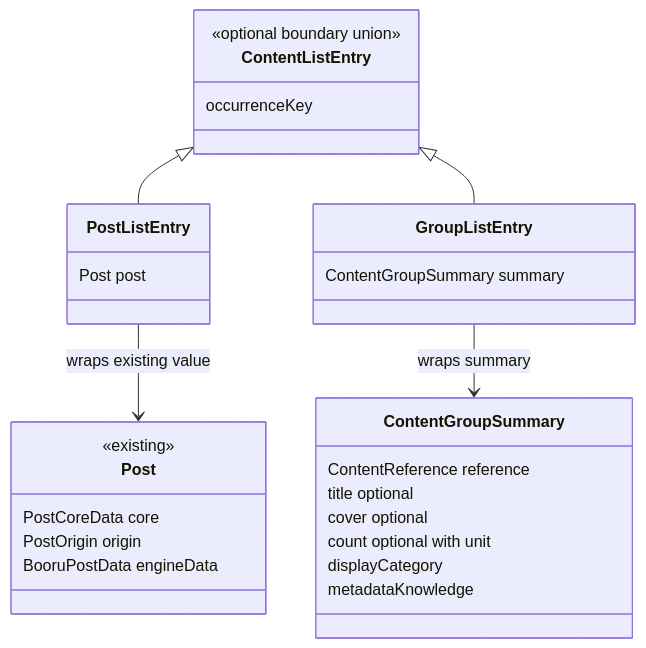
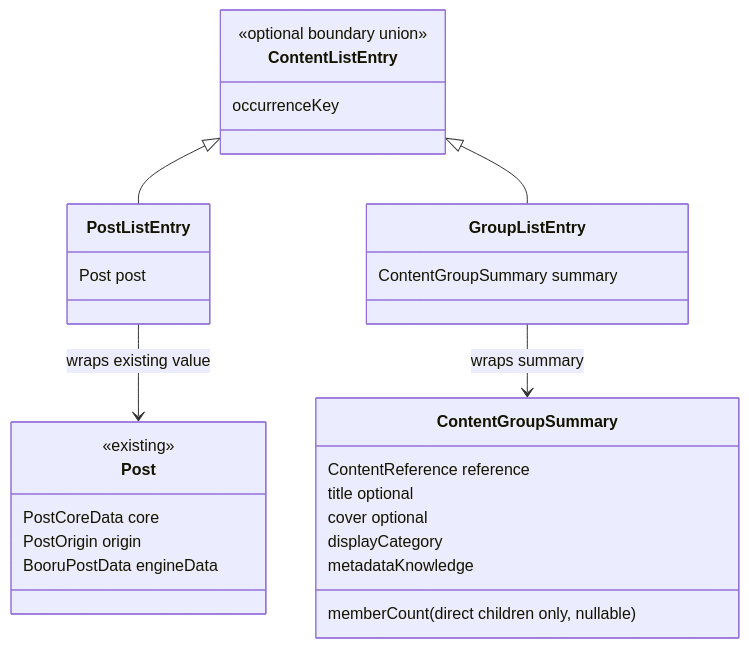
Before and after one commit to timberpile/Boorusama: the second of 7 diagrams in docs/designs/2026-11-04-content-architecture-visual-guide.md, drawn with Mermaid. The commit also changed other lines of this file and 3 other files, not shown here.

Commit message:
docs: count only direct group members and derive labels from member kind

````diff
--- a/docs/designs/2026-11-04-content-architecture-visual-guide.md
+++ b/docs/designs/2026-11-04-content-architecture-visual-guide.md
@@ -58,31 +58,31 @@
 ```mermaid
 classDiagram
     class ContentListEntry {
         <<optional boundary union>>
         occurrenceKey
     }
     class PostListEntry {
         Post post
     }
     class GroupListEntry {
         ContentGroupSummary summary
     }
     class Post {
         <<existing>>
         PostCoreData core
         PostOrigin origin
         BooruPostData engineData
     }
     class ContentGroupSummary {
         ContentReference reference
         title optional
         cover optional
-        count optional with unit
+        memberCount (direct children only, nullable)
         displayCategory
         metadataKnowledge
     }
     ContentListEntry <|-- PostListEntry
     ContentListEntry <|-- GroupListEntry
     PostListEntry --> Post : wraps existing value
     GroupListEntry --> ContentGroupSummary : wraps summary
 ```
````
